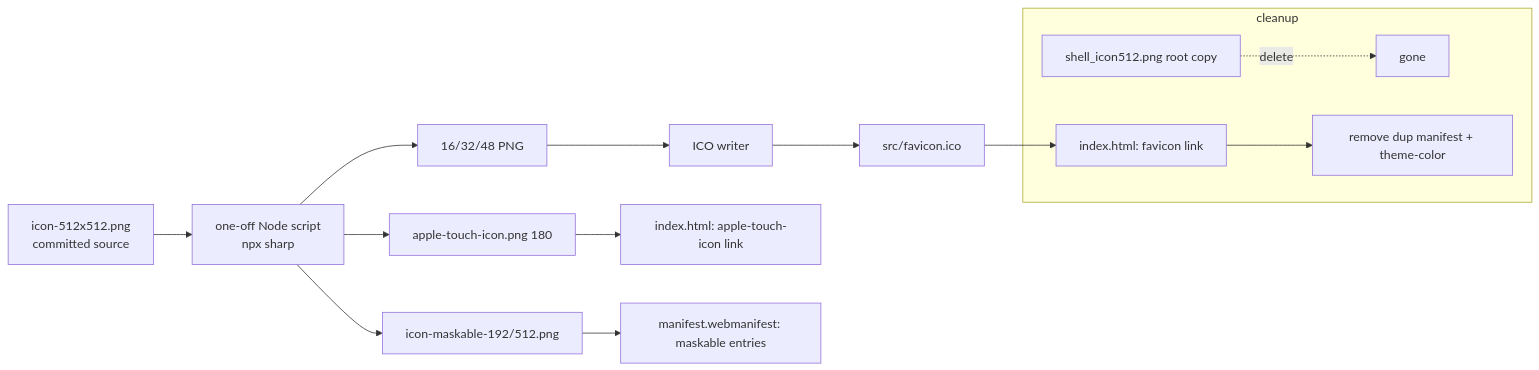
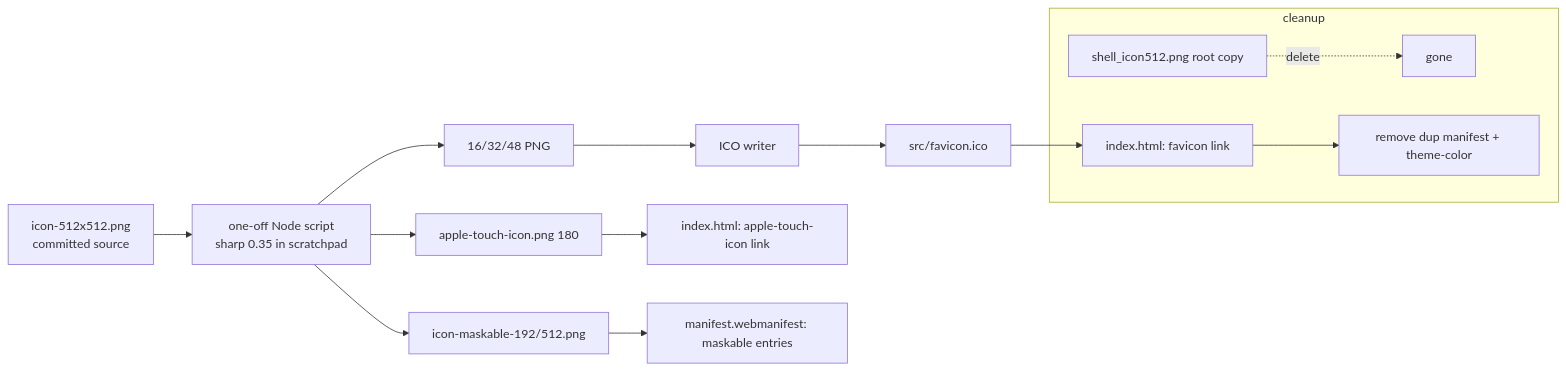
The diagram in specs/008-the_big_favicon_sleep/plan.md (C3Idea/shell-generator), drawn with Mermaid before and after one commit. The commit also changed other lines of this file and 1 other file, not shown here.

````diff
--- a/specs/008-the_big_favicon_sleep/plan.md
+++ b/specs/008-the_big_favicon_sleep/plan.md
@@ -38,14 +38,14 @@
 ```mermaid
 flowchart LR
-  src[icon-512x512.png<br/>committed source] --> gen[one-off Node script<br/>npx sharp]
+  src[icon-512x512.png<br/>committed source] --> gen[one-off Node script<br/>sharp 0.35 in scratchpad]
   gen --> p16[16/32/48 PNG] --> icow[ICO writer] --> favicon[src/favicon.ico]
   gen --> apple[apple-touch-icon.png 180]
   gen --> mask[icon-maskable-192/512.png]
   favicon --> html[index.html: favicon link]
   apple --> html2[index.html: apple-touch-icon link]
   mask --> mani[manifest.webmanifest: maskable entries]
   subgraph cleanup
     root[shell_icon512.png root copy] -.delete.-> x[gone]
     html --> dedupe[remove dup manifest + theme-color]
   end
 ```
````
